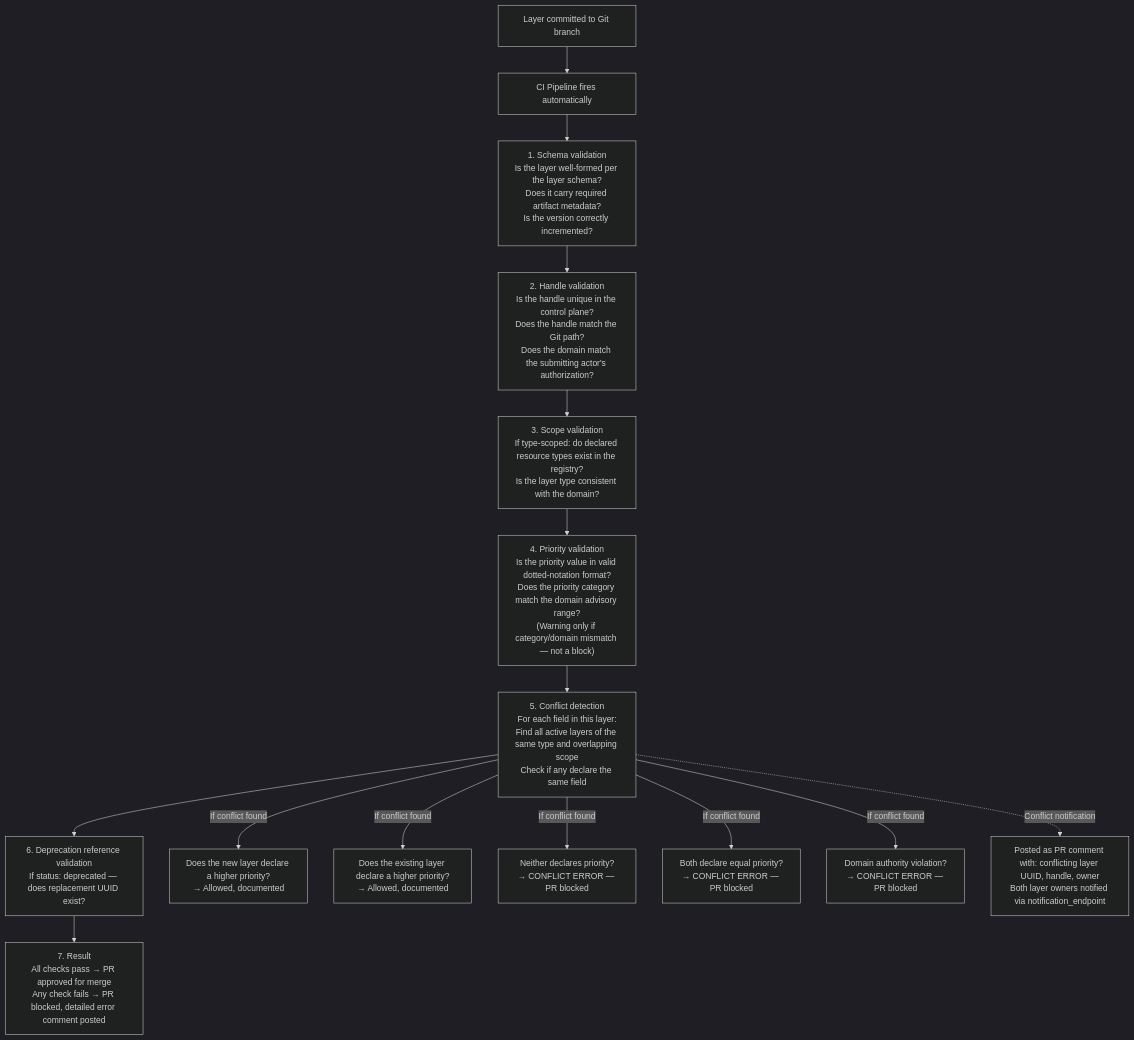
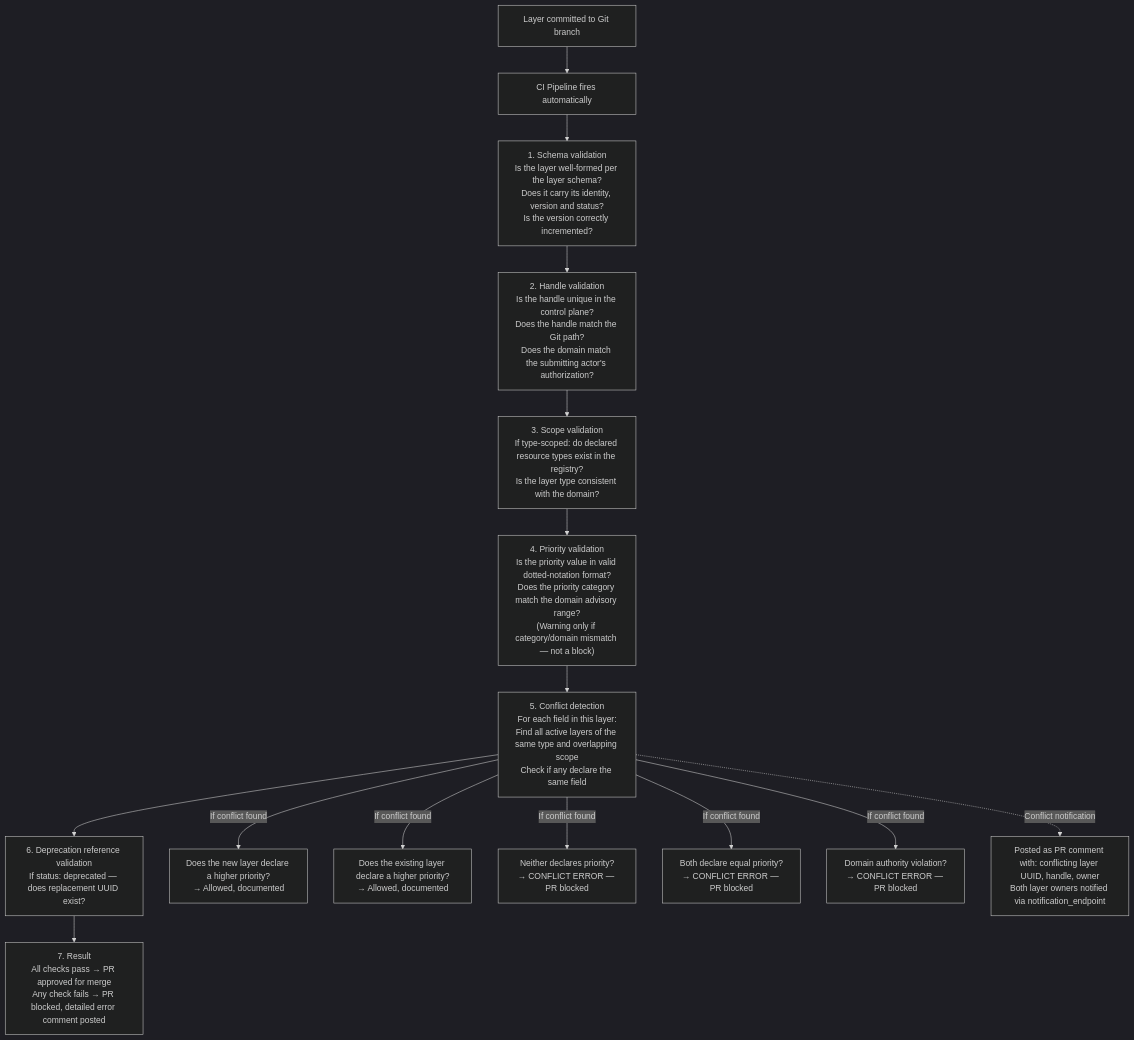
The second of 3 diagrams in docs/spec/foundations/layering-and-versioning.md (croadfeldt/udlm), drawn with Mermaid (dark theme) before and after one commit. The commit also changed other lines of this file and 21 other files, not shown here.

First line of the commit message:
spec: artifact_metadata is retired; each of its jobs has a home (row 106, #635)

````diff
--- a/docs/spec/foundations/layering-and-versioning.md
+++ b/docs/spec/foundations/layering-and-versioning.md
@@ -988,23 +910,23 @@
 ```mermaid
 flowchart TD
     G["Layer committed to Git branch"]
     CI["CI Pipeline fires automatically"]
-    S1["1. Schema validation<br/>Is the layer well-formed per the layer schema?<br/>Does it carry required artifact metadata?<br/>Is the version correctly incremented?"]
+    S1["1. Schema validation<br/>Is the layer well-formed per the layer schema?<br/>Does it carry its identity, version and status?<br/>Is the version correctly incremented?"]
     S2["2. Handle validation<br/>Is the handle unique in the control plane?<br/>Does the handle match the Git path?<br/>Does the domain match the submitting actor's authorization?"]
     S3["3. Scope validation<br/>If type-scoped: do declared resource types exist in the registry?<br/>Is the layer type consistent with the domain?"]
     S4["4. Priority validation<br/>Is the priority value in valid dotted-notation format?<br/>Does the priority category match the domain advisory range?<br/>(Warning only if category/domain mismatch — not a block)"]
     S5["5. Conflict detection<br/>For each field in this layer:<br/>Find all active layers of the same type and overlapping scope<br/>Check if any declare the same field"]
     S6["6. Deprecation reference validation<br/>If status: deprecated — does replacement UUID exist?"]
     S7["7. Result<br/>All checks pass → PR approved for merge<br/>Any check fails → PR blocked, detailed error comment posted"]
 
     G --> CI --> S1 --> S2 --> S3 --> S4 --> S5
 
     S5 -->|If conflict found| C1["Does the new layer declare a higher priority?<br/>→ Allowed, documented"]
     S5 -->|If conflict found| C2["Does the existing layer declare a higher priority?<br/>→ Allowed, documented"]
     S5 -->|If conflict found| C3["Neither declares priority?<br/>→ CONFLICT ERROR — PR blocked"]
     S5 -->|If conflict found| C4["Both declare equal priority?<br/>→ CONFLICT ERROR — PR blocked"]
     S5 -->|If conflict found| C5["Domain authority violation?<br/>→ CONFLICT ERROR — PR blocked"]
     S5 -.->|Conflict notification| CN["Posted as PR comment with: conflicting layer UUID, handle, owner<br/>Both layer owners notified via notification_endpoint"]
 
     S5 --> S6 --> S7
 ```
````
